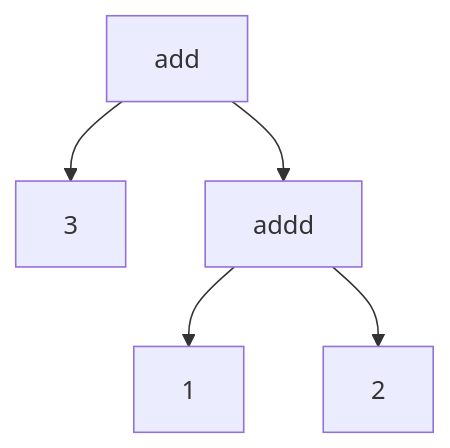
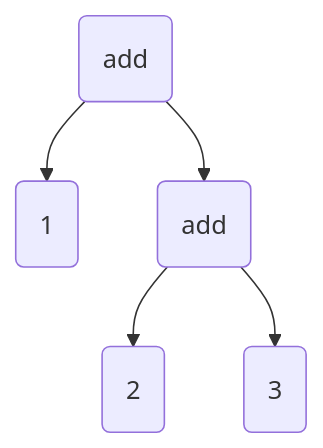
Diagram 16 of 35 in src/essays/number-tree/essay.md (pengvyn/kavpix-code), drawn with Mermaid before and after one commit. The commit also changed other lines of this file and 1 other file, not shown here.

````diff
--- a/src/essays/number-tree/essay.md
+++ b/src/essays/number-tree/essay.md
@@ -189,7 +191,7 @@
 ```mermaid
     graph TD;
-        add --> addd;
-        addd --> 1;
-        addd --> 2;
-        add --> 3;
+        add(add) --> 1(1)
+        add(add) --> add2(add)
+        add2 --> 2(2)
+        add2 --> 3(3)
 ```
````
